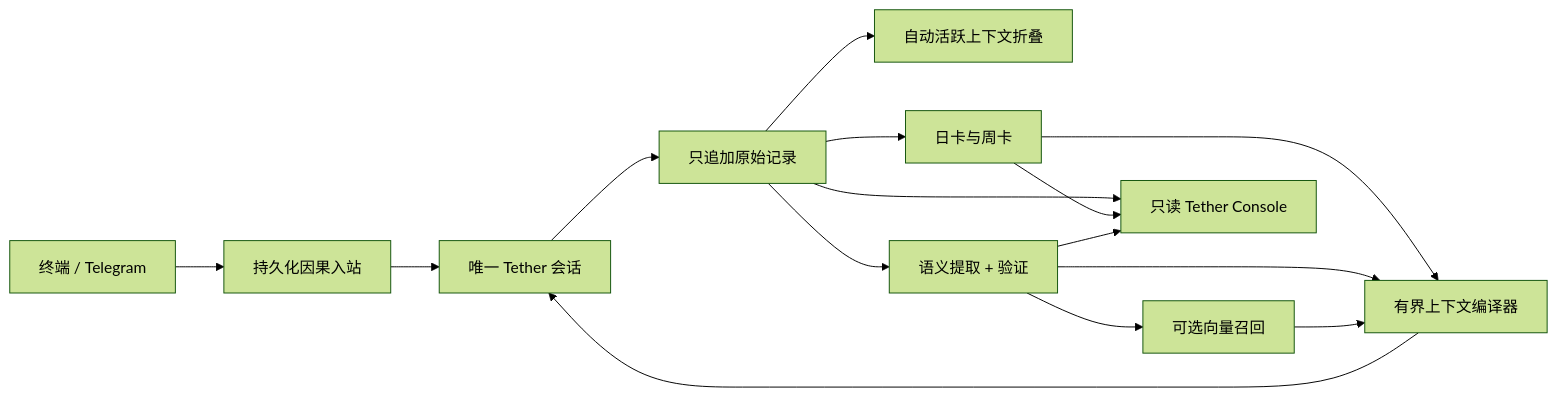
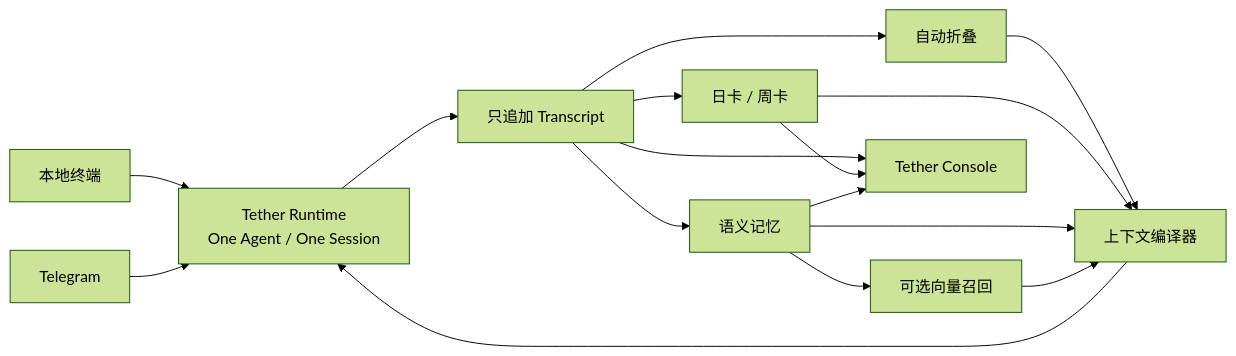
One commit to SsssssSynqa/tether-agent-runtime changed the diagram in README.zh-CN.md. Above: the diagram before and after it, drawn with Mermaid (forest theme). The commit also changed other lines of this file and 5 other files, not shown here.

````diff
--- a/README.zh-CN.md
+++ b/README.zh-CN.md
@@ -56,17 +158,18 @@
 ```mermaid
 flowchart LR
-  CH["终端 / Telegram"] --> DUR["持久化因果入站"]
-  DUR --> RUN["唯一 Tether 会话"]
-  RUN --> RAW["只追加原始记录"]
-  RAW --> FOLD["自动活跃上下文折叠"]
-  RAW --> CARD["日卡与周卡"]
-  RAW --> SEM["语义提取 + 验证"]
-  CARD --> CTX["有界上下文编译器"]
-  SEM --> CTX
-  SEM --> VEC["可选向量召回"]
-  VEC --> CTX
-  CTX --> RUN
-  RAW --> UI["只读 Tether Console"]
-  CARD --> UI
-  SEM --> UI
+    TERM["本地终端"] --> RT["Tether Runtime<br>One Agent / One Session"]
+    TG["Telegram"] --> RT
+    RT --> RAW["只追加 Transcript"]
+    RAW --> FOLD["自动折叠"]
+    RAW --> CARDS["日卡 / 周卡"]
+    RAW --> SEM["语义记忆"]
+    SEM --> VEC["可选向量召回"]
+    FOLD --> CTX["上下文编译器"]
+    CARDS --> CTX
+    SEM --> CTX
+    VEC --> CTX
+    CTX --> RT
+    RAW --> UI["Tether Console"]
+    CARDS --> UI
+    SEM --> UI
 ```
````
